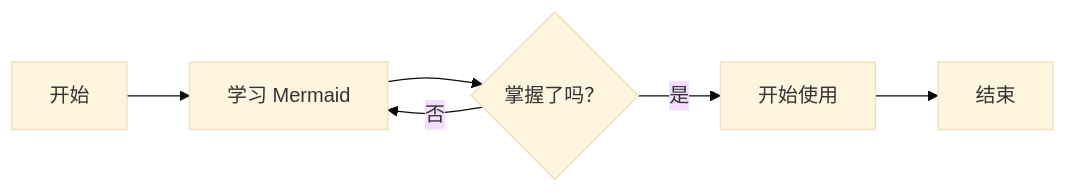
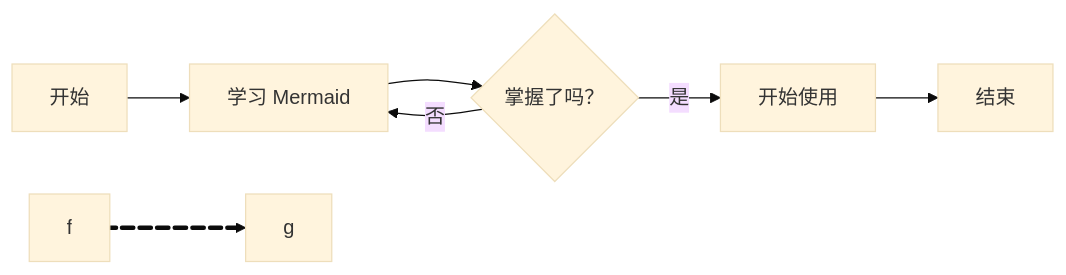
The diagram in test.md (CharlesDDD/Dockerfile), drawn with Mermaid (base theme) before and after one commit. The commit also changed other lines of this file and 1 other file, not shown here.

````diff
--- a/test.md
+++ b/test.md
@@ -4,8 +4,12 @@
 ```mermaid
 flowchart LR
     A[开始] --> B[学习 Mermaid]
     B --> C{掌握了吗？}
     C -->|是| D[开始使用]
     C -->|否| B
     D --> E[结束]
+    %% 边ID用来后续加样式
+    %% e1边ID
+    f e1@ ==> g
+    e1@{ animate: fast}
 ```
````
